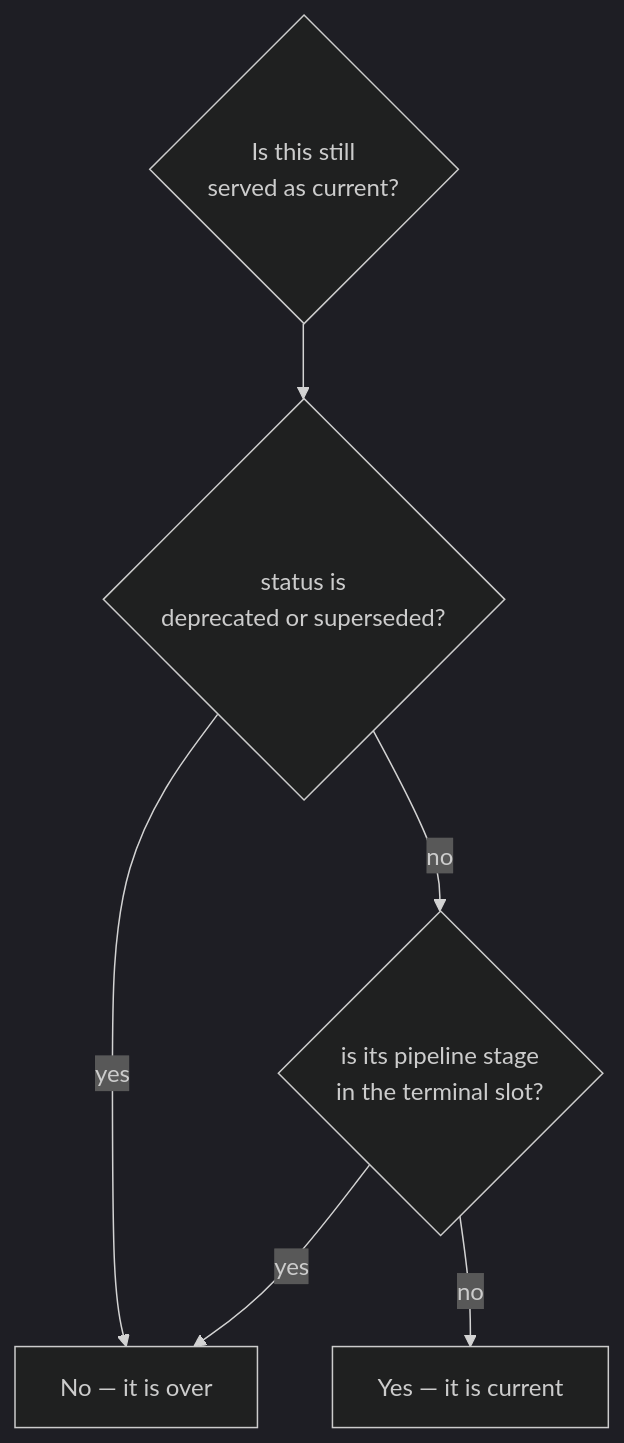
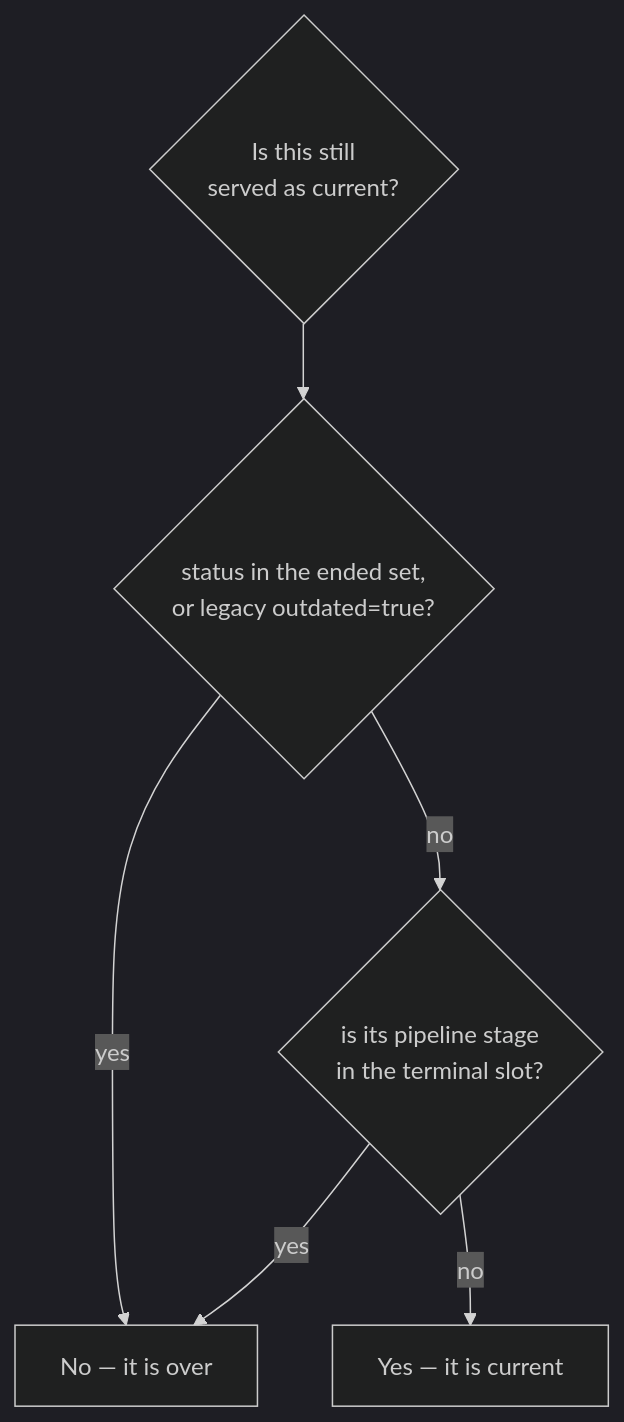
One commit to daniel-ospina/tortoise changed the third of 3 diagrams in docs/plans/2026-11-15-state-lifecycle-and-pipelines.md. Above: the diagram before and after it, drawn with Mermaid (dark theme). The commit also changed other lines of this file, not shown here.

````diff
--- a/docs/plans/2026-11-15-state-lifecycle-and-pipelines.md
+++ b/docs/plans/2026-11-15-state-lifecycle-and-pipelines.md
@@ -177,9 +177,9 @@
 ```mermaid
 flowchart TD
     Q{Is this still<br/>served as current?}
-    Q --> L{status is<br/>deprecated or superseded?}
+    Q --> L{status in the ended set,<br/>or legacy outdated=true?}
     L -->|yes| NO[No — it is over]
     L -->|no| P{is its pipeline stage<br/>in the terminal slot?}
     P -->|yes| NO
     P -->|no| YES[Yes — it is current]
 ```
````
